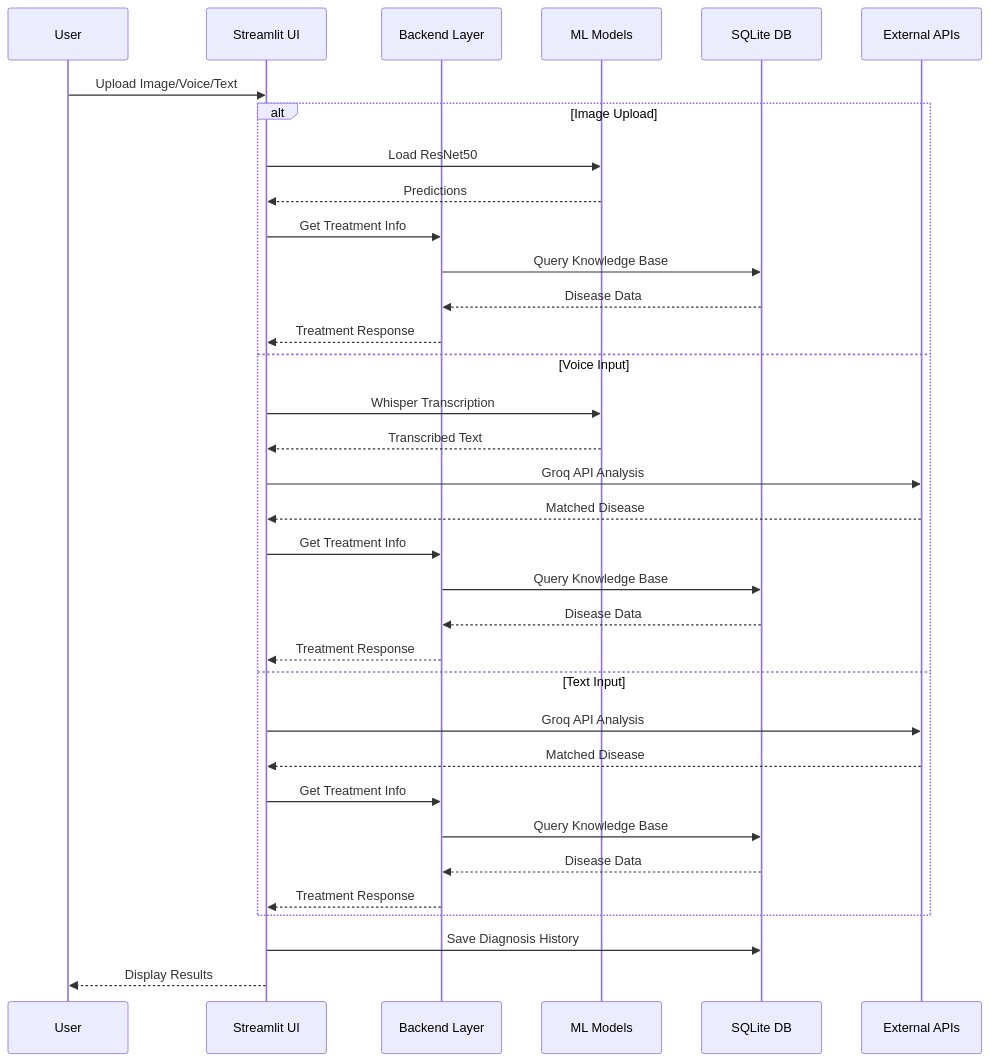
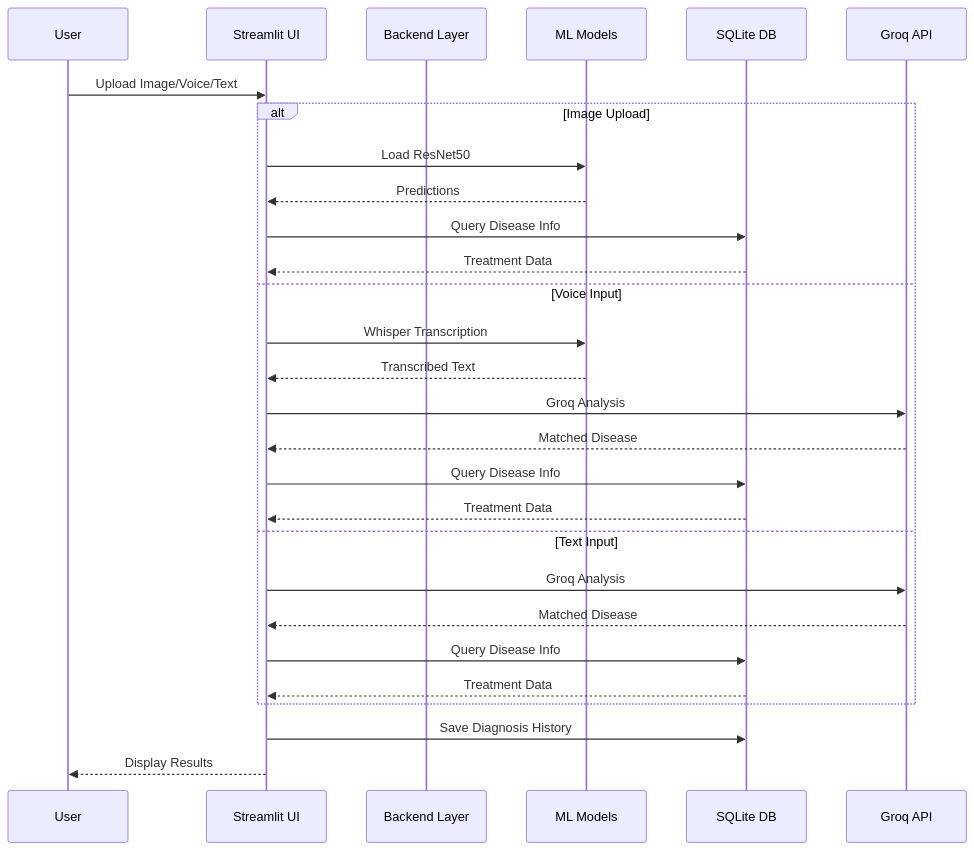
Before and after one commit to springboardmentor88888-mahaprasad/Intern-PlantChatBot-Project: the third of 3 diagrams in README.md, drawn with Mermaid. The commit also changed other lines of this file, not shown here.

````diff
--- a/README.md
+++ b/README.md
@@ -117,39 +115,33 @@
 ```mermaid
 sequenceDiagram
     participant User
     participant Streamlit as Streamlit UI
     participant Backend as Backend Layer
     participant Model as ML Models
     participant DB as SQLite DB
-    participant API as External APIs
+    participant API as Groq API
 
     User->>Streamlit: Upload Image/Voice/Text
     
     alt Image Upload
         Streamlit->>Model: Load ResNet50
         Model-->>Streamlit: Predictions
-        Streamlit->>Backend: Get Treatment Info
-        Backend->>DB: Query Knowledge Base
-        DB-->>Backend: Disease Data
-        Backend-->>Streamlit: Treatment Response
+        Streamlit->>DB: Query Disease Info
+        DB-->>Streamlit: Treatment Data
     else Voice Input
         Streamlit->>Model: Whisper Transcription
         Model-->>Streamlit: Transcribed Text
-        Streamlit->>API: Groq API Analysis
+        Streamlit->>API: Groq Analysis
         API-->>Streamlit: Matched Disease
-        Streamlit->>Backend: Get Treatment Info
-        Backend->>DB: Query Knowledge Base
-        DB-->>Backend: Disease Data
-        Backend-->>Streamlit: Treatment Response
+        Streamlit->>DB: Query Disease Info
+        DB-->>Streamlit: Treatment Data
     else Text Input
-        Streamlit->>API: Groq API Analysis
+        Streamlit->>API: Groq Analysis
         API-->>Streamlit: Matched Disease
-        Streamlit->>Backend: Get Treatment Info
-        Backend->>DB: Query Knowledge Base
-        DB-->>Backend: Disease Data
-        Backend-->>Streamlit: Treatment Response
+        Streamlit->>DB: Query Disease Info
+        DB-->>Streamlit: Treatment Data
     end
     
     Streamlit->>DB: Save Diagnosis History
     Streamlit-->>User: Display Results
 ```
````
